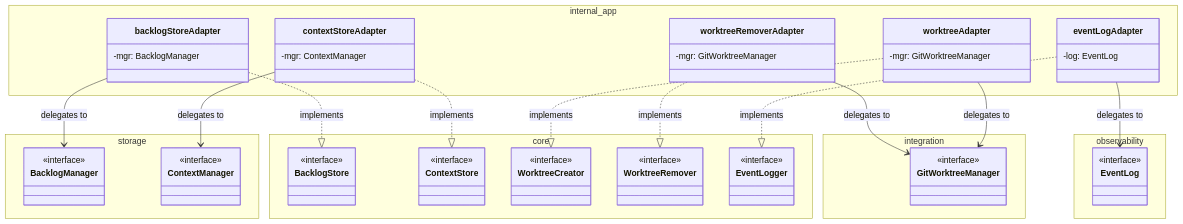
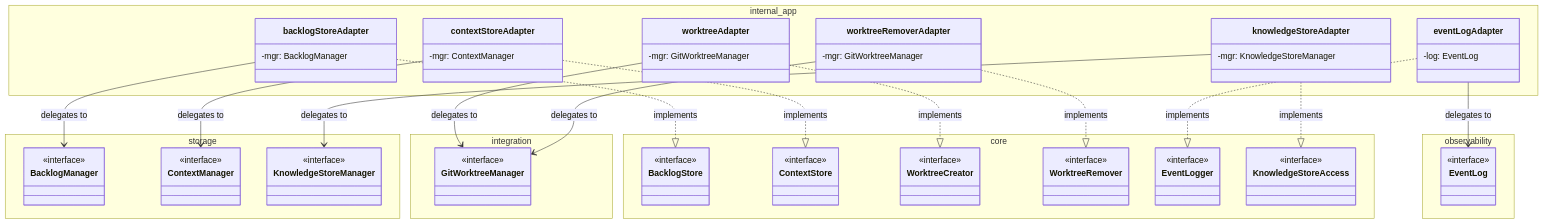
Before and after one commit to valter-silva-au/ai-dev-brain: the third of 9 diagrams in docs/architecture.md, drawn with Mermaid. The commit also changed other lines of this file, not shown here.

First line of the commit message:
docs: update architecture.md to reflect current codebase

````diff
--- a/docs/architecture.md
+++ b/docs/architecture.md
@@ -268,6 +344,9 @@
         class EventLogger {
             <<interface>>
         }
+        class KnowledgeStoreAccess {
+            <<interface>>
+        }
     }
 
     namespace storage {
@@ -275,6 +354,9 @@
             <<interface>>
         }
         class ContextManager {
+            <<interface>>
+        }
+        class KnowledgeStoreManager {
             <<interface>>
         }
     }
@@ -307,6 +389,9 @@
         class eventLogAdapter {
             -log: EventLog
         }
+        class knowledgeStoreAdapter {
+            -mgr: KnowledgeStoreManager
+        }
     }
 
     backlogStoreAdapter ..|> BacklogStore : implements
@@ -323,4 +408,7 @@
 
     eventLogAdapter ..|> EventLogger : implements
     eventLogAdapter --> EventLog : delegates to
+
+    knowledgeStoreAdapter ..|> KnowledgeStoreAccess : implements
+    knowledgeStoreAdapter --> KnowledgeStoreManager : delegates to
 ```
````
